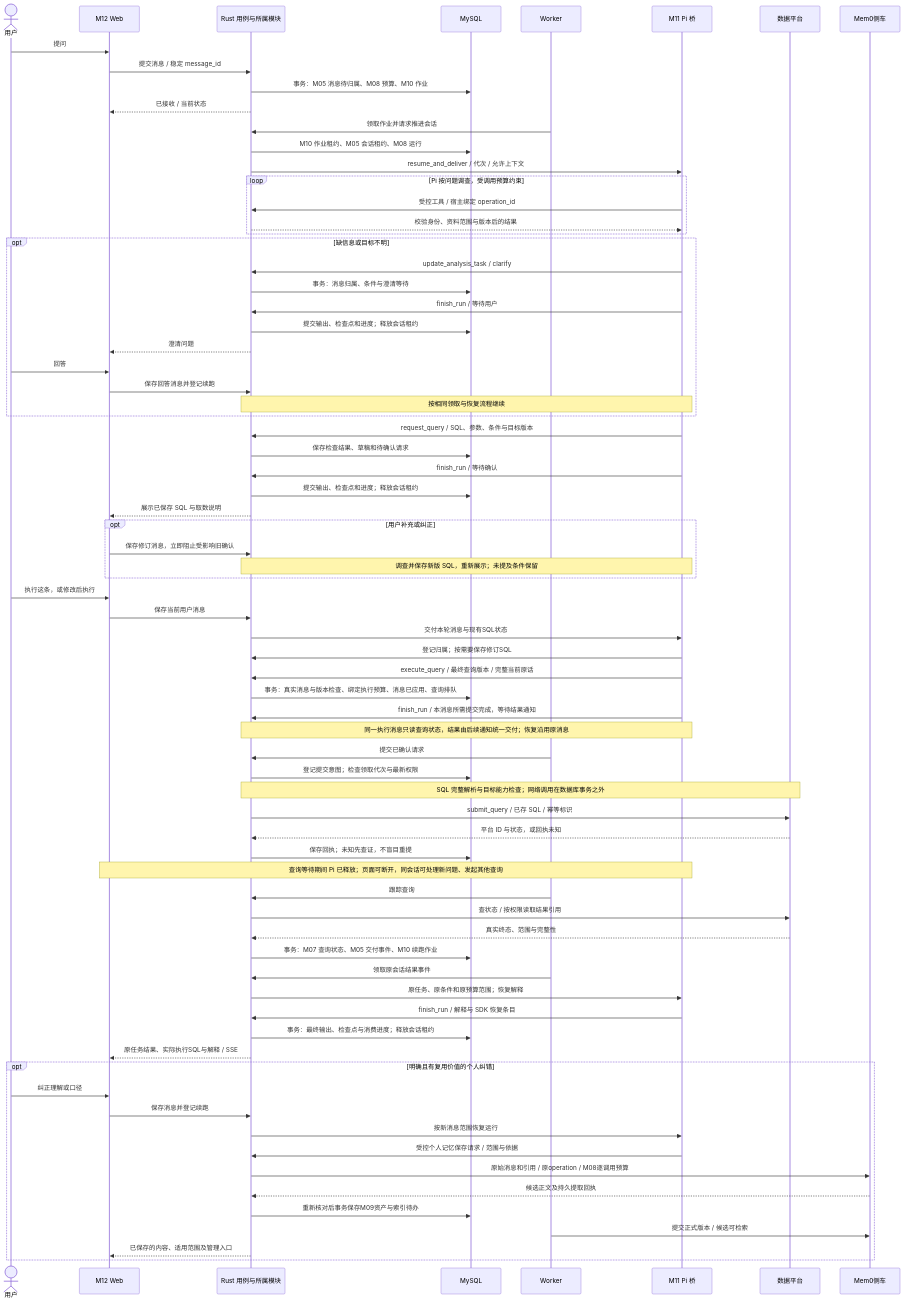
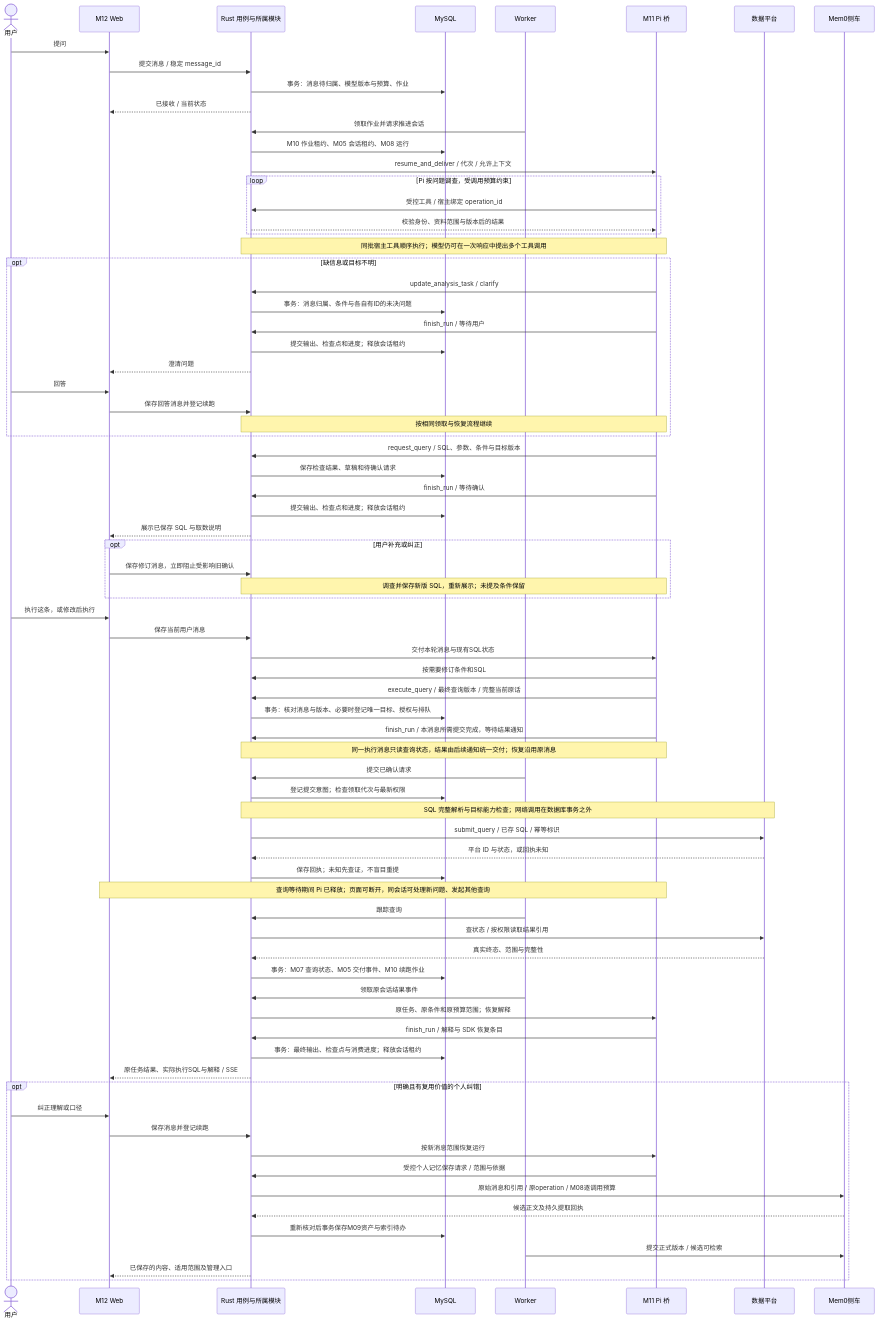
One commit to yaoziyaoguai/data_agent changed the third of 12 diagrams in docs/architecture/implementation-views.md. Above: the diagram before and after it, drawn with Mermaid. The commit also changed other lines of this file and 80 other files, not shown here.

Commit message:
docs: refresh trial release guide and architecture diagrams

````diff
--- a/docs/architecture/implementation-views.md
+++ b/docs/architecture/implementation-views.md
@@ -82,76 +82,77 @@
 ```mermaid
 sequenceDiagram
   actor U as 用户
   participant W as M12 Web
   participant R as Rust 用例与所属模块
   participant D as MySQL
   participant B as Worker
   participant P as M11 Pi 桥
   participant Q as 数据平台
   participant M as Mem0侧车
   U->>W: 提问
   W->>R: 提交消息 / 稳定 message_id
-  R->>D: 事务：M05 消息待归属、M08 预算、M10 作业
+  R->>D: 事务：消息待归属、模型版本与预算、作业
   R-->>W: 已接收 / 当前状态
   B->>R: 领取作业并请求推进会话
   R->>D: M10 作业租约、M05 会话租约、M08 运行
   R->>P: resume_and_deliver / 代次 / 允许上下文
   loop Pi 按问题调查，受调用预算约束
     P->>R: 受控工具 / 宿主绑定 operation_id
     R-->>P: 校验身份、资料范围与版本后的结果
   end
+  Note over R,P: 同批宿主工具顺序执行；模型仍可在一次响应中提出多个工具调用
   opt 缺信息或目标不明
     P->>R: update_analysis_task / clarify
-    R->>D: 事务：消息归属、条件与澄清等待
+    R->>D: 事务：消息归属、条件与各自有ID的未决问题
     P->>R: finish_run / 等待用户
     R->>D: 提交输出、检查点和进度；释放会话租约
     R-->>W: 澄清问题
     U->>W: 回答
     W->>R: 保存回答消息并登记续跑
     Note over R,P: 按相同领取与恢复流程继续
   end
   P->>R: request_query / SQL、参数、条件与目标版本
   R->>D: 保存检查结果、草稿和待确认请求
   P->>R: finish_run / 等待确认
   R->>D: 提交输出、检查点和进度；释放会话租约
   R-->>W: 展示已保存 SQL 与取数说明
   opt 用户补充或纠正
     W->>R: 保存修订消息，立即阻止受影响旧确认
     Note over R,P: 调查并保存新版 SQL，重新展示；未提及条件保留
   end
   U->>W: 执行这条，或修改后执行
   W->>R: 保存当前用户消息
   R->>P: 交付本轮消息与现有SQL状态
-  P->>R: 登记归属；按需要保存修订SQL
+  P->>R: 按需要修订条件和SQL
   P->>R: execute_query / 最终查询版本 / 完整当前原话
-  R->>D: 事务：真实消息与版本检查、绑定执行预算、消息已应用、查询排队
+  R->>D: 事务：核对消息与版本、必要时登记唯一目标、授权与排队
   P->>R: finish_run / 本消息所需提交完成，等待结果通知
   Note over R,P: 同一执行消息只读查询状态，结果由后续通知统一交付；恢复沿用原消息
   B->>R: 提交已确认请求
   R->>D: 登记提交意图；检查领取代次与最新权限
   Note over R,Q: SQL 完整解析与目标能力检查；网络调用在数据库事务之外
   R->>Q: submit_query / 已存 SQL / 幂等标识
   Q-->>R: 平台 ID 与状态，或回执未知
   R->>D: 保存回执；未知先查证，不盲目重提
   Note over W,P: 查询等待期间 Pi 已释放；页面可断开，同会话可处理新问题、发起其他查询
   B->>R: 跟踪查询
   R->>Q: 查状态 / 按权限读取结果引用
   Q-->>R: 真实终态、范围与完整性
   R->>D: 事务：M07 查询状态、M05 交付事件、M10 续跑作业
   B->>R: 领取原会话结果事件
   R->>P: 原任务、原条件和原预算范围；恢复解释
   P->>R: finish_run / 解释与 SDK 恢复条目
   R->>D: 事务：最终输出、检查点与消费进度；释放会话租约
   R-->>W: 原任务结果、实际执行SQL与解释 / SSE
   opt 明确且有复用价值的个人纠错
     U->>W: 纠正理解或口径
     W->>R: 保存消息并登记续跑
     R->>P: 按新消息范围恢复运行
     P->>R: 受控个人记忆保存请求 / 范围与依据
     R->>M: 原始消息和引用 / 原operation / M08逐调用预算
     M-->>R: 候选正文及持久提取回执
     R->>D: 重新核对后事务保存M09资产与索引待办
     B->>M: 提交正式版本 / 候选可检索
     R-->>W: 已保存的内容、适用范围及管理入口
   end
 ```
````
